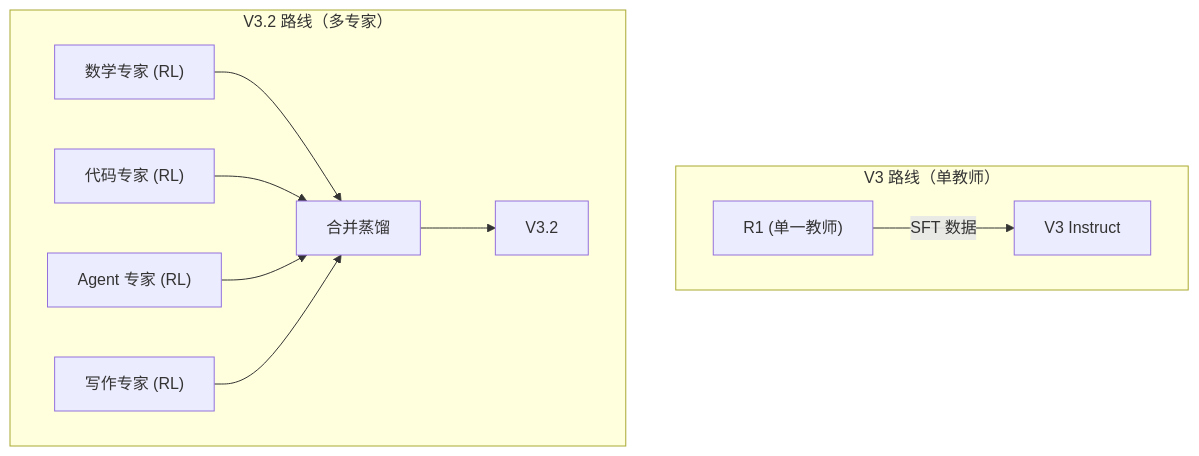
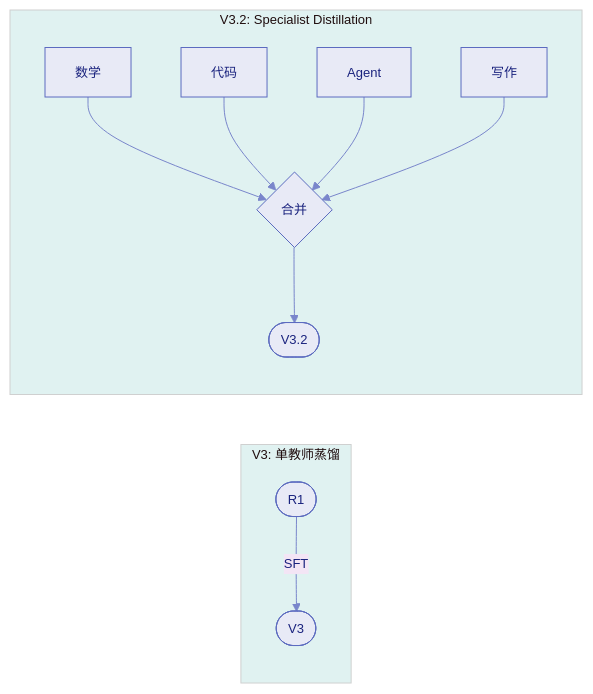
One commit to XavierZhang2002/agentic-rl-analysis changed the third of 8 diagrams in docs/post-training/ch2/2.9-data-engineering.md. Above: the diagram before and after it, drawn with Mermaid. The commit also changed other lines of this file and 1 other file, not shown here.

First line of the commit message:
style: 优化 Mermaid 图表视觉效果

````diff
--- a/docs/post-training/ch2/2.9-data-engineering.md
+++ b/docs/post-training/ch2/2.9-data-engineering.md
@@ -110,13 +110,10 @@
 ```mermaid
-flowchart TD
-    subgraph "V3 路线（单教师）"
-        R1["R1 (单一教师)"] -->|"SFT 数据"| V3["V3 Instruct"]
+%%{init: {'theme': 'base', 'themeVariables': {'primaryColor': '#e8eaf6', 'primaryTextColor': '#1a237e', 'primaryBorderColor': '#5c6bc0', 'lineColor': '#7986cb', 'secondaryColor': '#f3e5f5', 'tertiaryColor': '#e0f2f1', 'fontFamily': 'Noto Sans SC, sans-serif', 'fontSize': '13px'}}}%%
+flowchart LR
+    subgraph V3Path["V3: 单教师蒸馏"]
+        R1(["R1"]) -->|"SFT"| V3([V3])
     end
-    subgraph "V3.2 路线（多专家）"
-        E1["数学专家 (RL)"] --> Merge["合并蒸馏"]
-        E2["代码专家 (RL)"] --> Merge
-        E3["Agent 专家 (RL)"] --> Merge
-        E4["写作专家 (RL)"] --> Merge
-        Merge --> V32["V3.2"]
+    subgraph V32Path["V3.2: Specialist Distillation"]
+        E1["数学"] & E2["代码"] & E3["Agent"] & E4["写作"] --> Merge{"合并"} --> V32([V3.2])
     end
 ```
````
